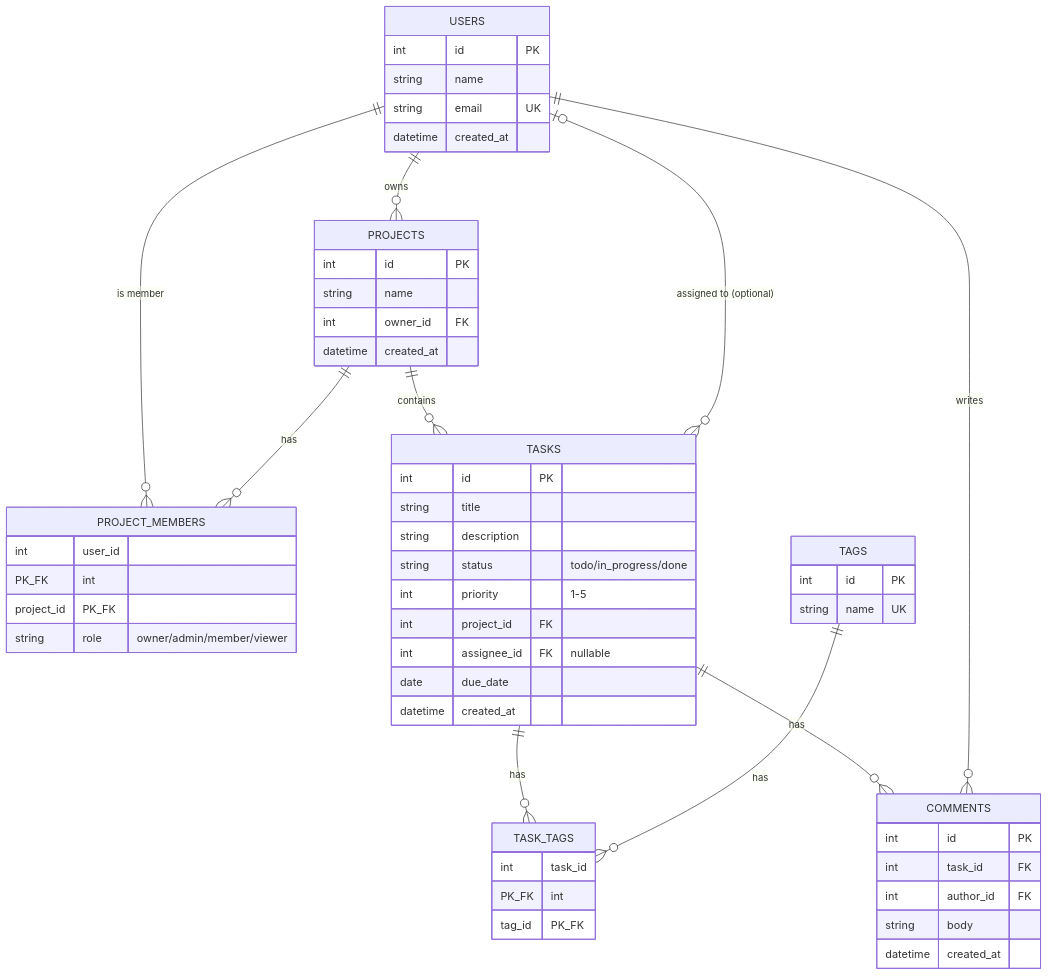
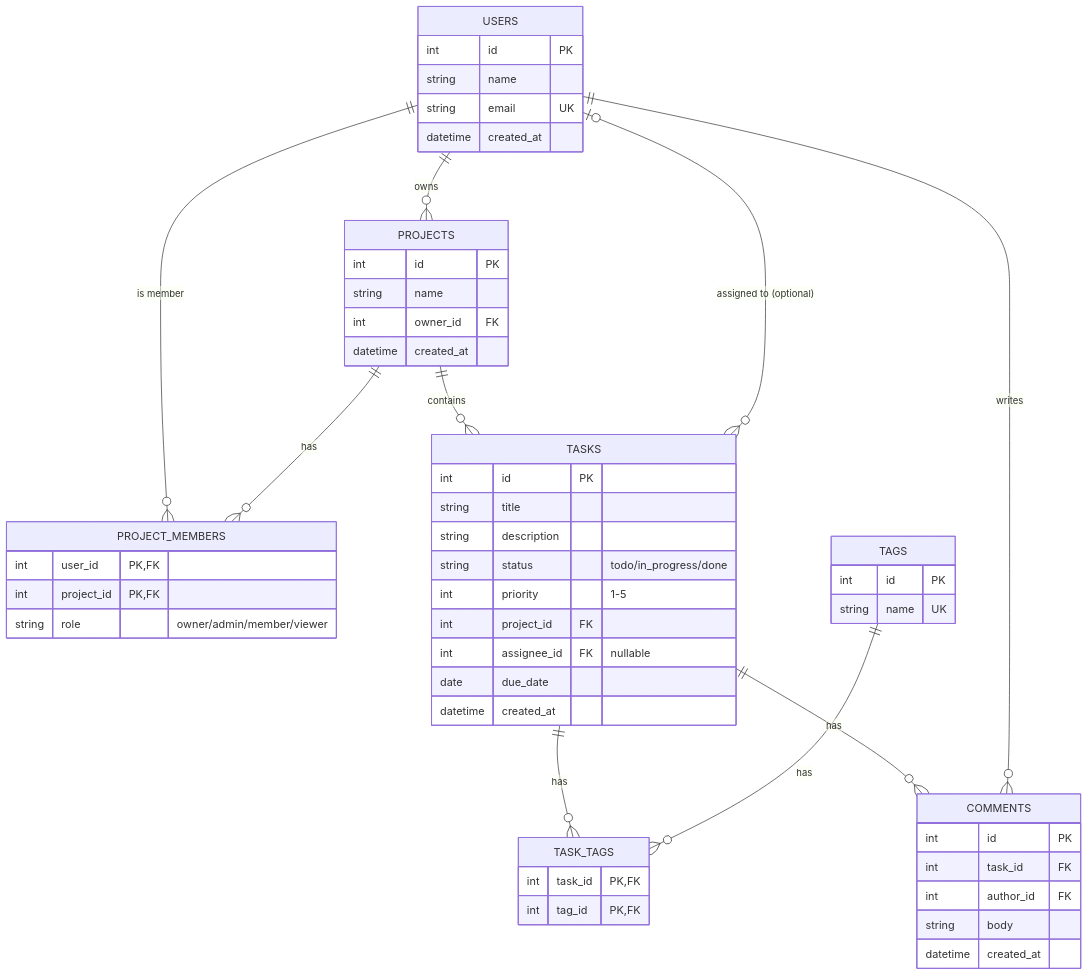
The first of 2 diagrams in DESIGN.md (kinza711/week-7), drawn with Mermaid before and after one commit.

Commit message:
update: design , ERD nad sequence diagram updated

````diff
--- a/DESIGN.md
+++ b/DESIGN.md
@@ -22,56 +22,56 @@
 ```mermaid
 erDiagram
     USERS ||--o{ PROJECTS : owns
     USERS ||--o{ PROJECT_MEMBERS : "is member"
     PROJECTS ||--o{ PROJECT_MEMBERS : has
     PROJECTS ||--o{ TASKS : contains
     USERS |o--o{ TASKS : "assigned to (optional)"
     TASKS ||--o{ TASK_TAGS : has
     TAGS ||--o{ TASK_TAGS : has
     TASKS ||--o{ COMMENTS : has
     USERS ||--o{ COMMENTS : writes
 
     USERS {
         int id PK
         string name
         string email UK
         datetime created_at
     }
     PROJECTS {
         int id PK
         string name
         int owner_id FK
         datetime created_at
     }
     PROJECT_MEMBERS {
-        int user_id PK_FK
-        int project_id PK_FK
+        int user_id PK, FK
+        int project_id PK, FK
         string role "owner/admin/member/viewer"
     }
     TASKS {
         int id PK
         string title
         string description
         string status "todo/in_progress/done"
         int priority "1-5"
         int project_id FK
         int assignee_id FK "nullable"
         date due_date
         datetime created_at
     }
     TAGS {
         int id PK
         string name UK
     }
     TASK_TAGS {
-        int task_id PK_FK
-        int tag_id PK_FK
+        int task_id PK, FK
+        int tag_id PK, FK
     }
     COMMENTS {
         int id PK
         int task_id FK
         int author_id FK
         string body
         datetime created_at
     }
 ```
````
